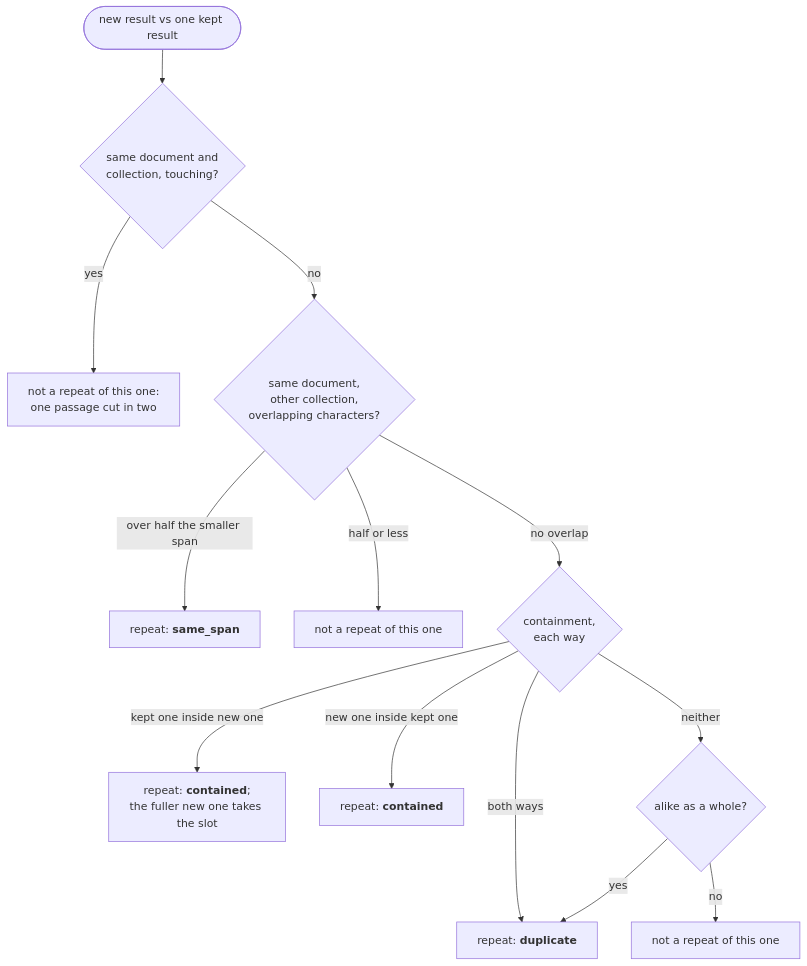
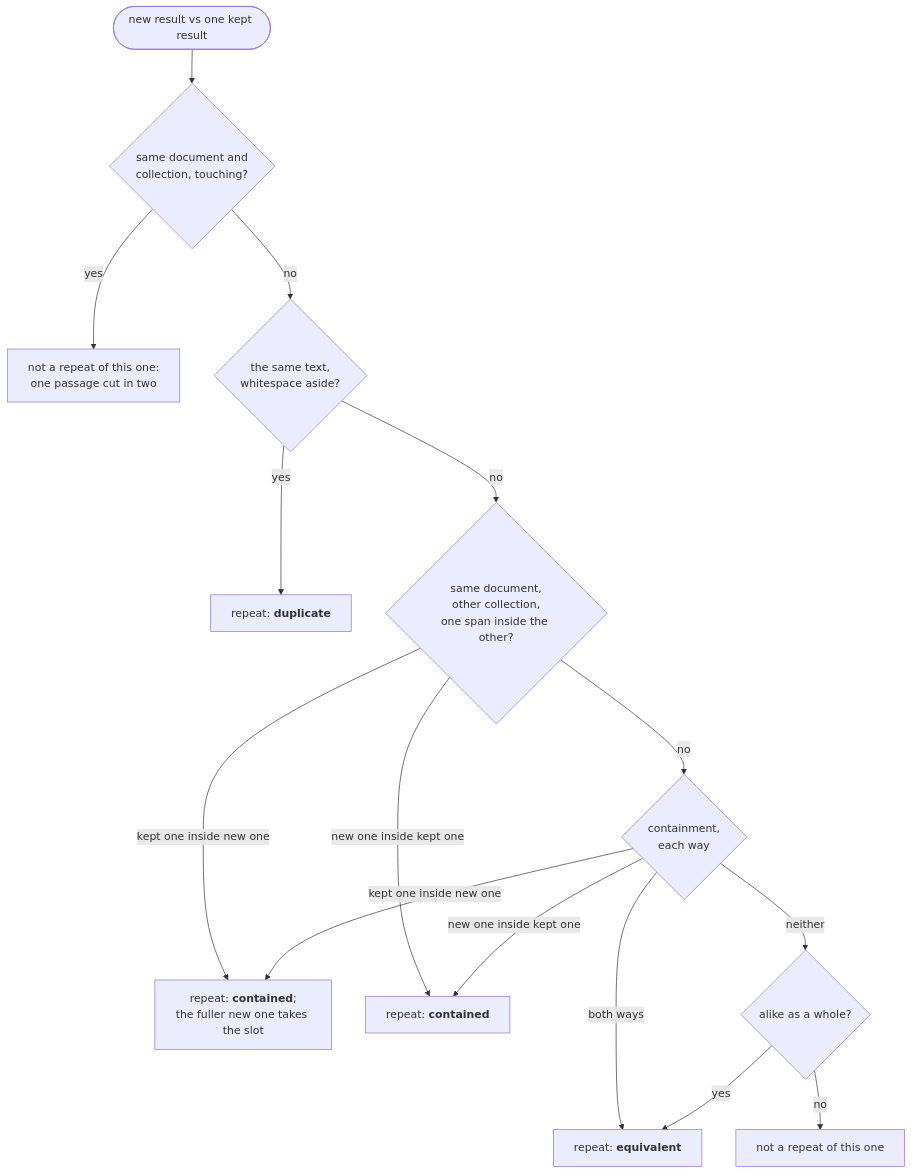
One commit to haskian/haskie changed the second of 2 diagrams in docs/search.md. Above: the diagram before and after it, drawn with Mermaid. The commit also changed other lines of this file and 64 other files, not shown here.

````diff
--- a/docs/search.md
+++ b/docs/search.md
@@ -66,15 +66,17 @@
 ```mermaid
 flowchart TD
     pair(["new result vs one kept result"]) --> same{"same document and<br/>collection, touching?"}
     same -- yes --> skip["not a repeat of this one:<br/>one passage cut in two"]
-    same -- no --> doc{"same document,<br/>other collection,<br/>overlapping characters?"}
-    doc -- "over half the smaller span" --> span["repeat: <b>same_span</b>"]
-    doc -- "half or less" --> skip2["not a repeat of this one"]
-    doc -- "no overlap" --> contain{"containment,<br/>each way"}
-    contain -- "kept one inside new one" --> swap["repeat: <b>contained</b>;<br/>the fuller new one takes the slot"]
-    contain -- "new one inside kept one" --> cont["repeat: <b>contained</b>"]
-    contain -- "both ways" --> dup["repeat: <b>duplicate</b>"]
+    same -- no --> text{"the same text,<br/>whitespace aside?"}
+    text -- yes --> dup["repeat: <b>duplicate</b>"]
+    text -- no --> doc{"same document,<br/>other collection,<br/>one span inside the other?"}
+    doc -- "kept one inside new one" --> swap["repeat: <b>contained</b>;<br/>the fuller new one takes the slot"]
+    doc -- "new one inside kept one" --> cont["repeat: <b>contained</b>"]
+    doc -- "no" --> contain{"containment,<br/>each way"}
+    contain -- "kept one inside new one" --> swap
+    contain -- "new one inside kept one" --> cont
+    contain -- "both ways" --> eq["repeat: <b>equivalent</b>"]
     contain -- "neither" --> alike{"alike as a whole?"}
-    alike -- yes --> dup
-    alike -- no --> skip3["not a repeat of this one"]
+    alike -- yes --> eq
+    alike -- no --> skip2["not a repeat of this one"]
 ```
````
